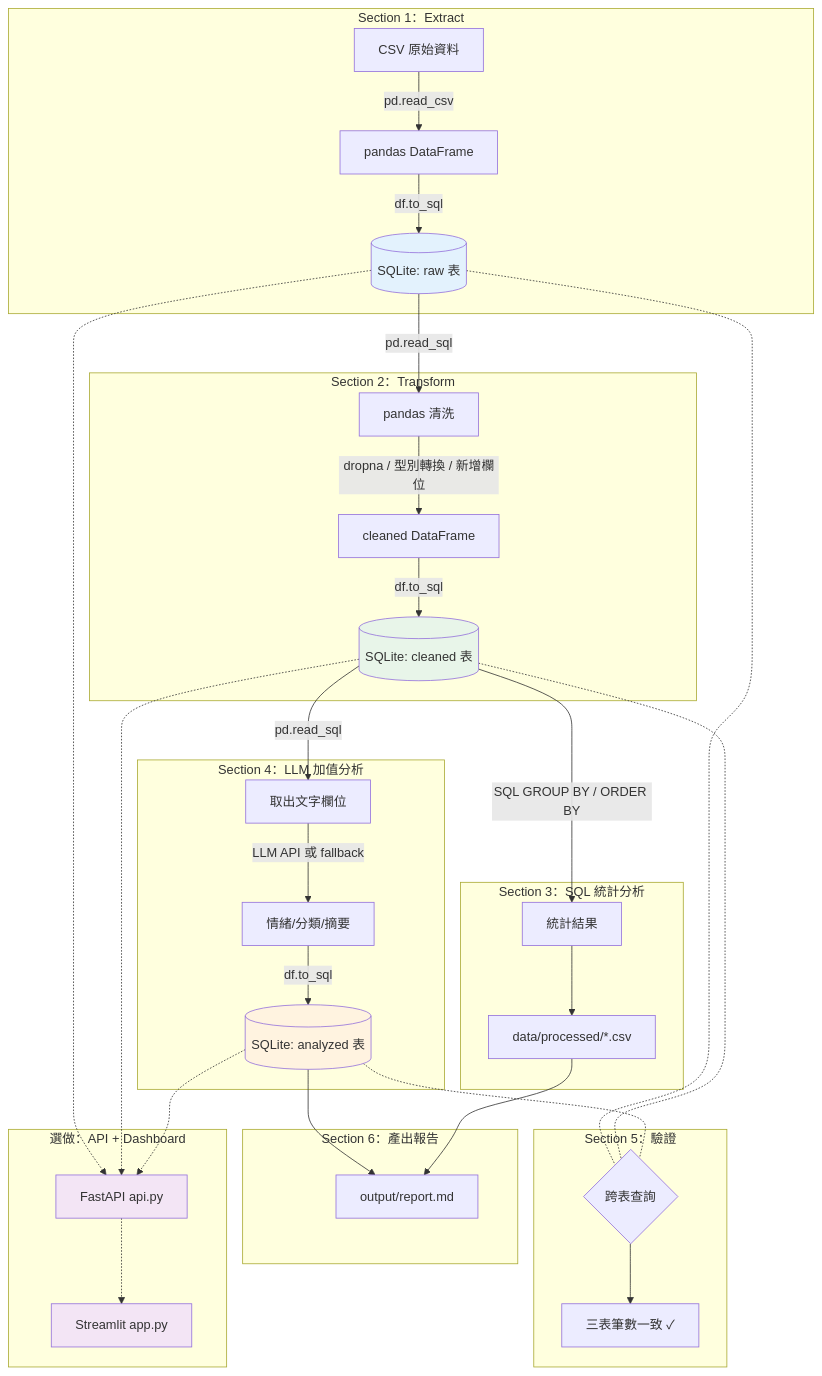
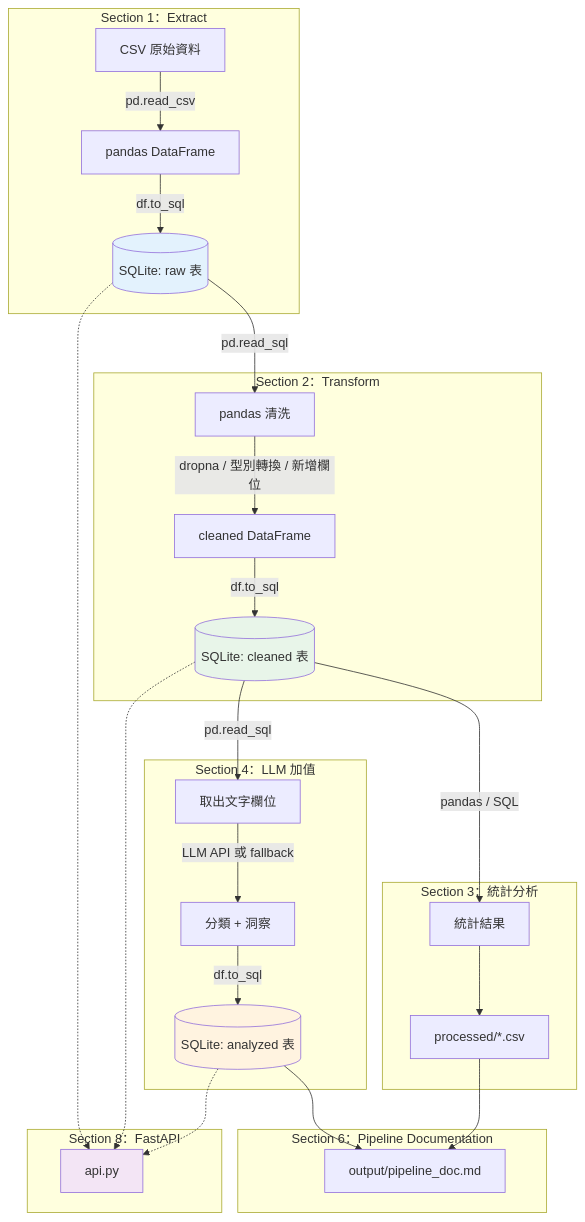
One commit to lu791019/midterm-mvp-template changed the diagram in README.md. Above: the diagram before and after it, drawn with Mermaid. The commit also changed other lines of this file and 12 other files, not shown here.

First line of the commit message:
refactor: README 重寫 + report.md→pipeline_doc.md + 交付結構明確化

````diff
--- a/README.md
+++ b/README.md
@@ -152,49 +130,40 @@
 ```mermaid
 flowchart TD
     subgraph "Section 1：Extract"
         A[CSV 原始資料] -->|pd.read_csv| B[pandas DataFrame]
         B -->|df.to_sql| C[(SQLite: raw 表)]
     end
 
     subgraph "Section 2：Transform"
         C -->|pd.read_sql| D[pandas 清洗]
         D -->|dropna / 型別轉換 / 新增欄位| E[cleaned DataFrame]
         E -->|df.to_sql| F[(SQLite: cleaned 表)]
     end
 
-    subgraph "Section 3：SQL 統計分析"
-        F -->|SQL GROUP BY / ORDER BY| G[統計結果]
-        G --> H[data/processed/*.csv]
+    subgraph "Section 3：統計分析"
+        F -->|pandas / SQL| G[統計結果]
+        G --> H[processed/*.csv]
     end
 
-    subgraph "Section 4：LLM 加值分析"
+    subgraph "Section 4：LLM 加值"
         F -->|pd.read_sql| I[取出文字欄位]
-        I -->|LLM API 或 fallback| J[情緒/分類/摘要]
+        I -->|LLM API 或 fallback| J[分類 + 洞察]
         J -->|df.to_sql| K[(SQLite: analyzed 表)]
     end
 
-    subgraph "Section 5：驗證"
-        C -.- L{跨表查詢}
-        F -.- L
-        K -.- L
-        L --> M[三表筆數一致 ✓]
-    end
-
-    subgraph "Section 6：產出報告"
-        K --> N[output/report.md]
+    subgraph "Section 6：Pipeline Documentation"
+        K --> N[output/pipeline_doc.md]
         H --> N
     end
 
-    subgraph "選做：API + Dashboard"
-        C -.-> O[FastAPI api.py]
+    subgraph "Section 8：FastAPI"
+        C -.-> O[api.py]
         F -.-> O
         K -.-> O
-        O -.-> P[Streamlit app.py]
     end
 
     style C fill:#e3f2fd
     style F fill:#e8f5e9
     style K fill:#fff3e0
     style O fill:#f3e5f5
-    style P fill:#f3e5f5
 ```
````
